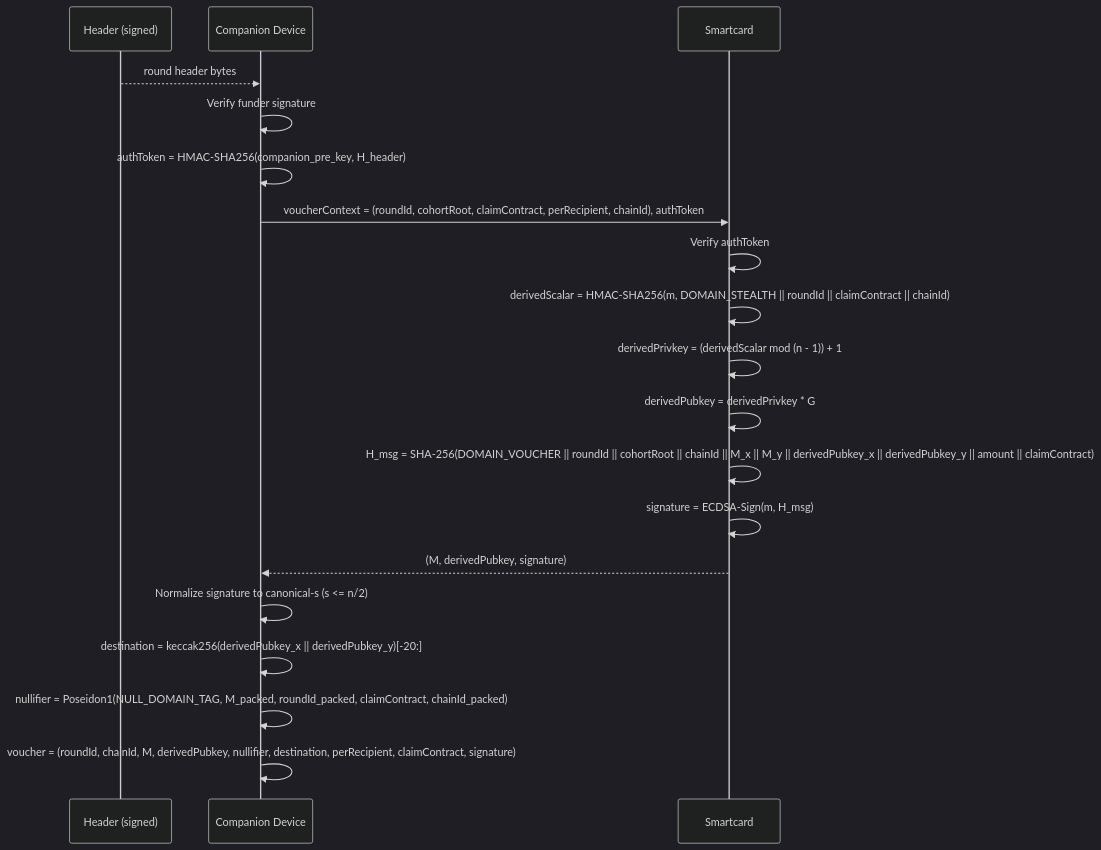
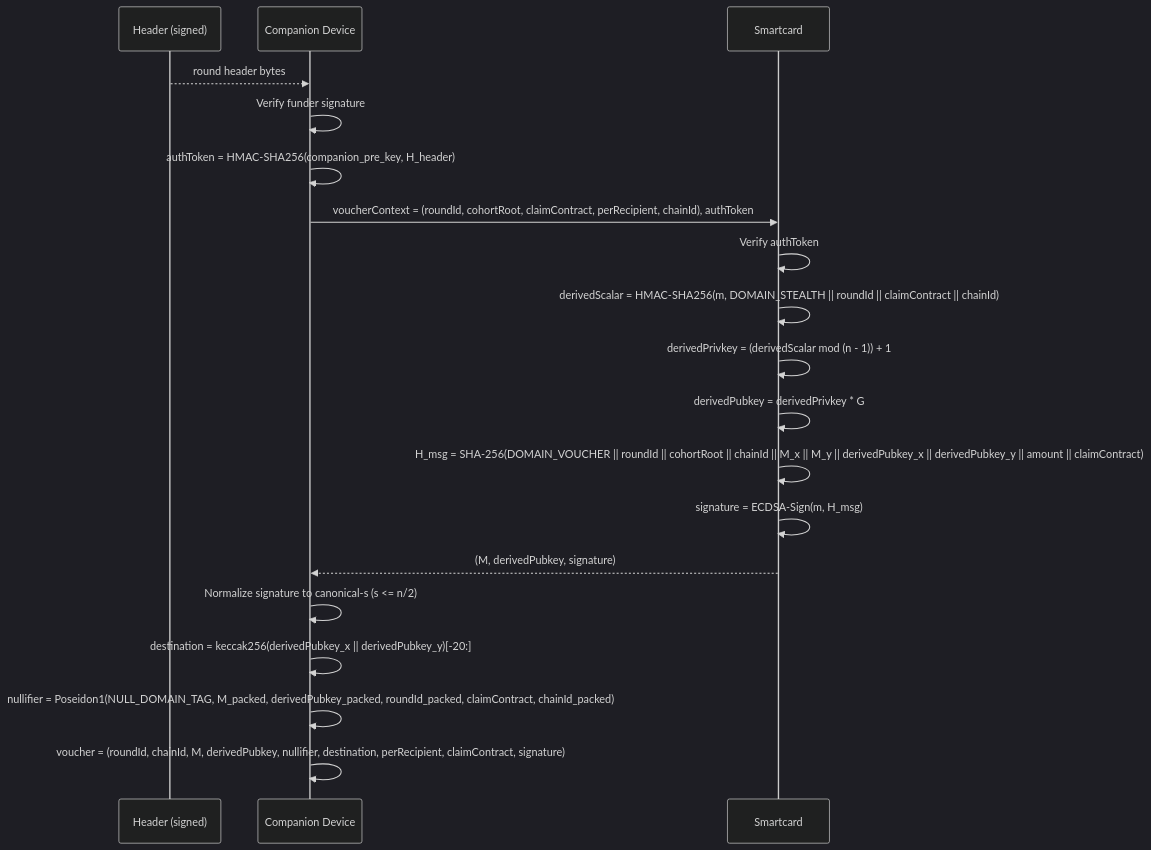
The third of 4 diagrams in pocs/private-payment/resilient-disbursement-rails/SPEC.md (ethereum/iptf-pocs), drawn with Mermaid (dark theme) before and after one commit. The commit also changed other lines of this file and 20 other files, not shown here.

````diff
--- a/pocs/private-payment/resilient-disbursement-rails/SPEC.md
+++ b/pocs/private-payment/resilient-disbursement-rails/SPEC.md
@@ -150,22 +150,22 @@
 ```mermaid
 sequenceDiagram
     participant H as Header (signed)
     participant CD as Companion Device
     participant SC as Smartcard
 
     H-->>CD: round header bytes
     CD->>CD: Verify funder signature
     CD->>CD: authToken = HMAC-SHA256(companion_pre_key, H_header)
     CD->>SC: voucherContext = (roundId, cohortRoot, claimContract, perRecipient, chainId), authToken
     SC->>SC: Verify authToken
     SC->>SC: derivedScalar = HMAC-SHA256(m, DOMAIN_STEALTH || roundId || claimContract || chainId)
     SC->>SC: derivedPrivkey = (derivedScalar mod (n - 1)) + 1
     SC->>SC: derivedPubkey = derivedPrivkey * G
     SC->>SC: H_msg = SHA-256(DOMAIN_VOUCHER || roundId || cohortRoot || chainId || M_x || M_y || derivedPubkey_x || derivedPubkey_y || amount || claimContract)
     SC->>SC: signature = ECDSA-Sign(m, H_msg)
     SC-->>CD: (M, derivedPubkey, signature)
     CD->>CD: Normalize signature to canonical-s (s <= n/2)
     CD->>CD: destination = keccak256(derivedPubkey_x || derivedPubkey_y)[-20:]
-    CD->>CD: nullifier = Poseidon1(NULL_DOMAIN_TAG, M_packed, roundId_packed, claimContract, chainId_packed)
+    CD->>CD: nullifier = Poseidon1(NULL_DOMAIN_TAG, M_packed, derivedPubkey_packed, roundId_packed, claimContract, chainId_packed)
     CD->>CD: voucher = (roundId, chainId, M, derivedPubkey, nullifier, destination, perRecipient, claimContract, signature)
 ```
````
